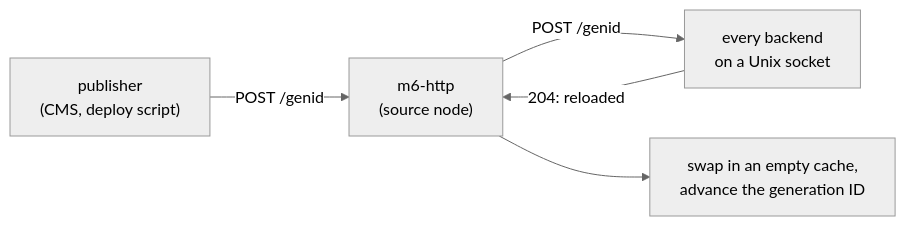
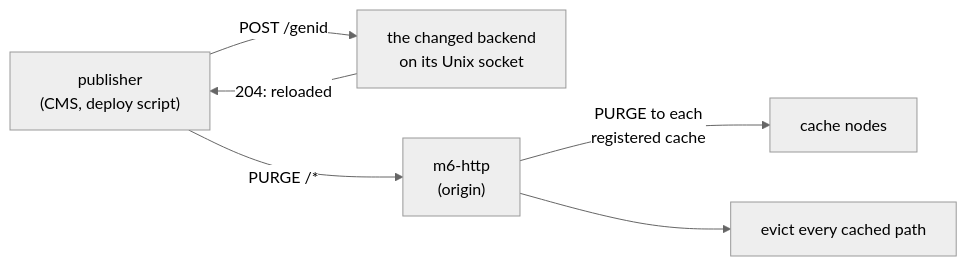
One commit to mgrosvenor/m6 changed the second of 2 diagrams in examples/02-blog/content/posts/m6-http-deep-dive.md. Above: the diagram before and after it, drawn with Mermaid (neutral theme). The commit also changed other lines of this file and 12 other files, not shown here.

First line of the commit message:
docs(examples): the blog guides teach purge, not genid

```diff
--- a/examples/02-blog/content/posts/m6-http-deep-dive.md
+++ b/examples/02-blog/content/posts/m6-http-deep-dive.md
@@ -45,7 +45,8 @@
 <pre class="mermaid">
 flowchart LR
-    Publisher["publisher\n(CMS, deploy script)"] --"POST /genid"--> mhttp["m6-http\n(source node)"]
-    mhttp --"POST /genid"--> Backends["every backend\non a Unix socket"]
-    Backends --"204: reloaded"--> mhttp
-    mhttp --> Swap["swap in an empty cache,\nadvance the generation ID"]
+    Publisher["publisher\n(CMS, deploy script)"] --"POST /genid"--> Backend["the changed backend\non its Unix socket"]
+    Backend --"204: reloaded"--> Publisher
+    Publisher --"PURGE /*"--> mhttp["m6-http\n(origin)"]
+    mhttp --"PURGE to each\nregistered cache"--> Caches["cache nodes"]
+    mhttp --> Purged["evict every cached path"]
 </pre>
```
